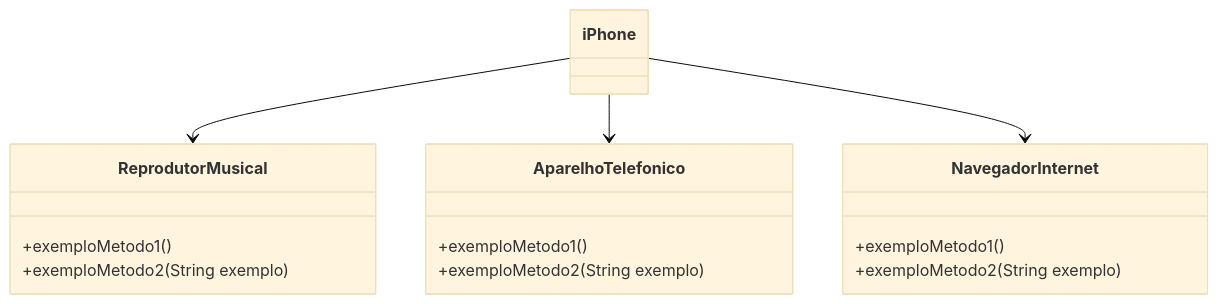
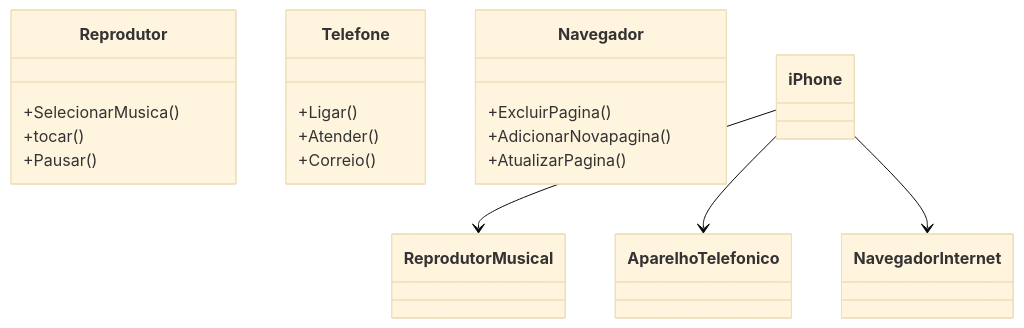
The diagram in Desafios/Poo/Componente-Iphone/README.md (MarcosMVBA/DIO-Trilha-Java-Basico), drawn with Mermaid (base theme) before and after one commit.

````diff
--- a/Desafios/Poo/Componente-Iphone/README.md
+++ b/Desafios/Poo/Componente-Iphone/README.md
@@ -1,24 +1,26 @@
 ```mermaid
 classDiagram
-    class ReprodutorMusical {
-        +exemploMetodo1()
-        +exemploMetodo2(String exemplo)
+
+    class Reprodutor{
+          
+      +SelecionarMusica()
+      +tocar()
+      +Pausar()
+      }
+
+    class Telefone{
+      +Ligar()
+      +Atender()
+      +Correio()
     }
+    class Navegador{
 
-    class AparelhoTelefonico {
-        +exemploMetodo1()
-        +exemploMetodo2(String exemplo)
-    }
-
-    class NavegadorInternet {
-        +exemploMetodo1()
-        +exemploMetodo2(String exemplo)
-    }
-
-    class iPhone {
+      +ExcluirPagina()
+      +AdicionarNovapagina()
+      +AtualizarPagina()
     }
 
     iPhone --> ReprodutorMusical
     iPhone --> AparelhoTelefonico
     iPhone --> NavegadorInternet
 ```
````
